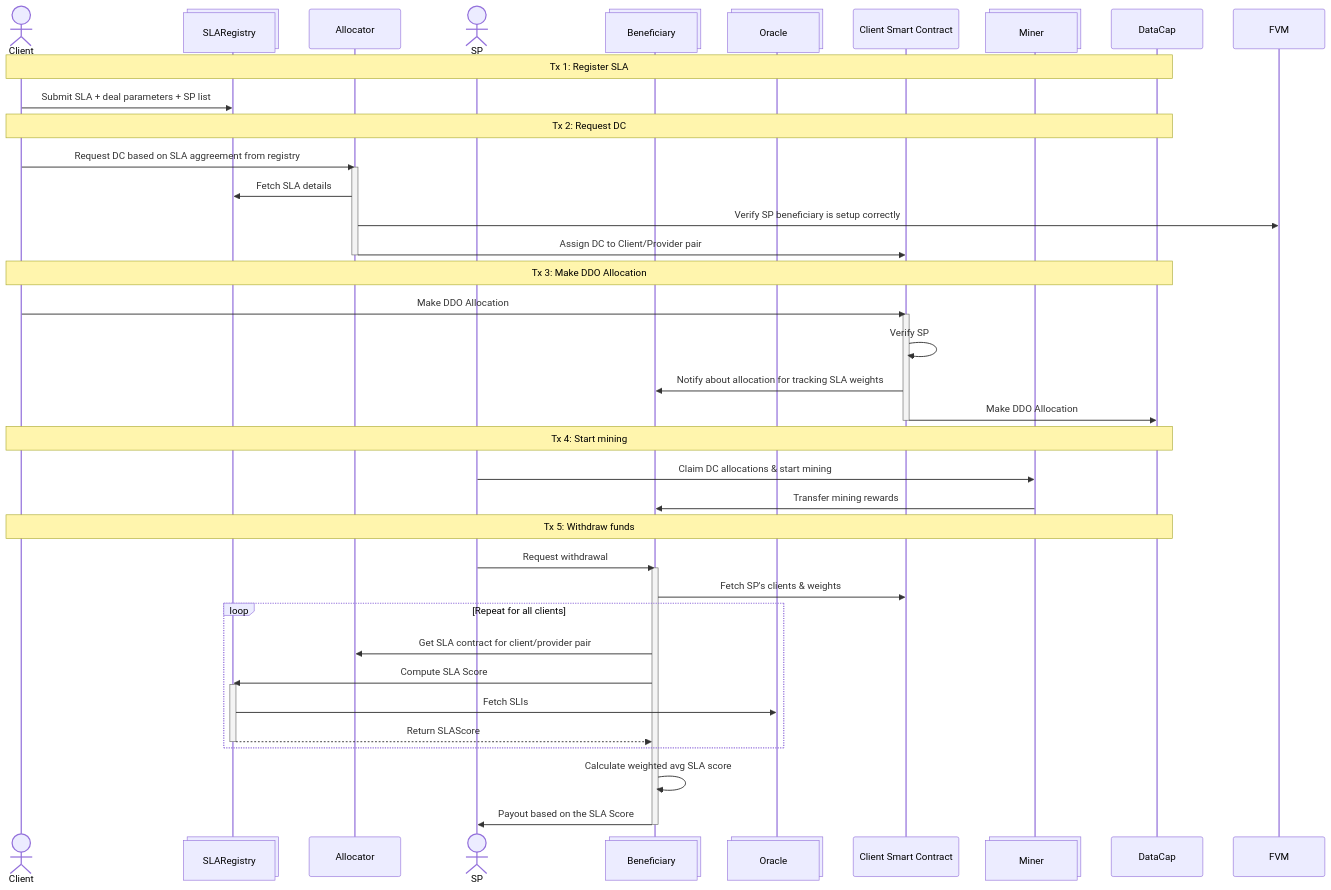
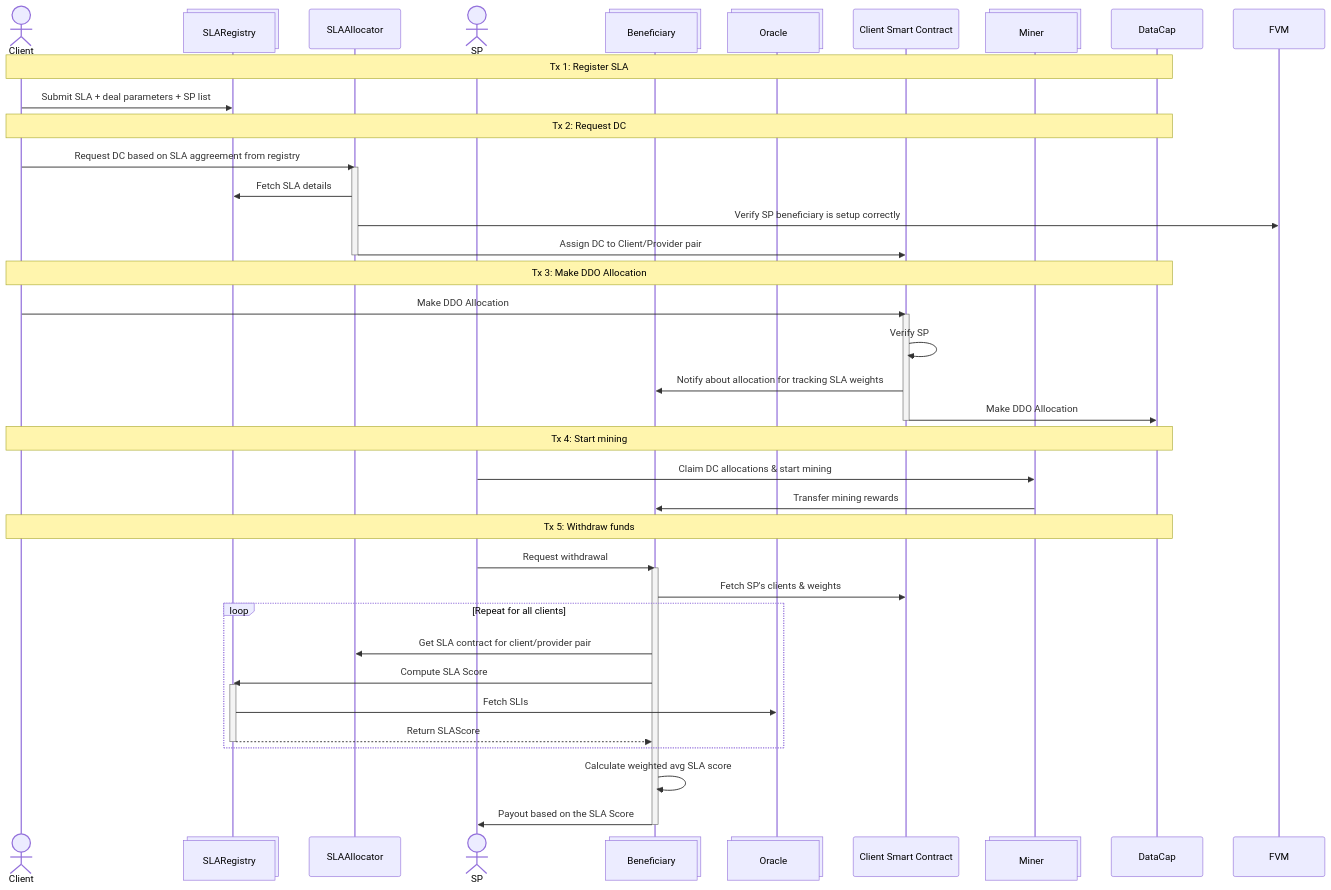
One commit to kacperzuk-neti/sla-allocator-contracts changed the first of 2 diagrams in README.md. Above: the diagram before and after it, drawn with Mermaid. The commit also changed other lines of this file, not shown here.

Commit message:
Rename Allocator to SLAAllocator in README

````diff
--- a/README.md
+++ b/README.md
@@ -192,54 +192,54 @@
 ```mermaid
 sequenceDiagram
   actor Client
   participant SLARegistry@{ "type" : "collections" }
-  participant Allocator
+  participant SLAAllocator
   actor SP
   participant Beneficiary@{ "type" : "collections" }
   participant Oracle@{ "type" : "collections" }
   participant ClientSC as Client Smart Contract
   participant Miner@{ "type" : "collections" }
 
 note over Client,DataCap: Tx 1: Register SLA
   Client->>SLARegistry: Submit SLA + deal parameters + SP list
 
 note over Client,DataCap: Tx 2: Request DC
-  Client->>Allocator: Request DC based on SLA aggreement from registry
-  activate Allocator
-  Allocator->>SLARegistry: Fetch SLA details
+  Client->>SLAAllocator: Request DC based on SLA aggreement from registry
+  activate SLAAllocator
+  SLAAllocator->>SLARegistry: Fetch SLA details
 
-  Allocator->>FVM: Verify SP beneficiary is setup correctly
-  Allocator->>ClientSC: Assign DC to Client/Provider pair
-  deactivate Allocator
+  SLAAllocator->>FVM: Verify SP beneficiary is setup correctly
+  SLAAllocator->>ClientSC: Assign DC to Client/Provider pair
+  deactivate SLAAllocator
 
 note over Client,DataCap: Tx 3: Make DDO Allocation
   Client->>ClientSC: Make DDO Allocation
   activate ClientSC
   ClientSC->>ClientSC: Verify SP
   ClientSC->>Beneficiary: Notify about allocation for tracking SLA weights
   ClientSC->>DataCap: Make DDO Allocation
   deactivate ClientSC
 
 note over Client,DataCap: Tx 4: Start mining
   SP->>Miner: Claim DC allocations & start mining
   Miner->>Beneficiary: Transfer mining rewards
   
 note over Client,DataCap: Tx 5: Withdraw funds
   SP->>Beneficiary: Request withdrawal
   activate Beneficiary
   
   Beneficiary->>ClientSC: Fetch SP's clients & weights
   loop Repeat for all clients
-  Beneficiary->>Allocator: Get SLA contract for client/provider pair
+  Beneficiary->>SLAAllocator: Get SLA contract for client/provider pair
   Beneficiary->>SLARegistry: Compute SLA Score
   activate SLARegistry
   SLARegistry->>Oracle: Fetch SLIs
   SLARegistry-->>Beneficiary: Return SLAScore
   deactivate SLARegistry
   end
   
   Beneficiary->>Beneficiary: Calculate weighted avg SLA score
 
   Beneficiary->>SP: Payout based on the SLA Score
   deactivate Beneficiary
 ```
````
